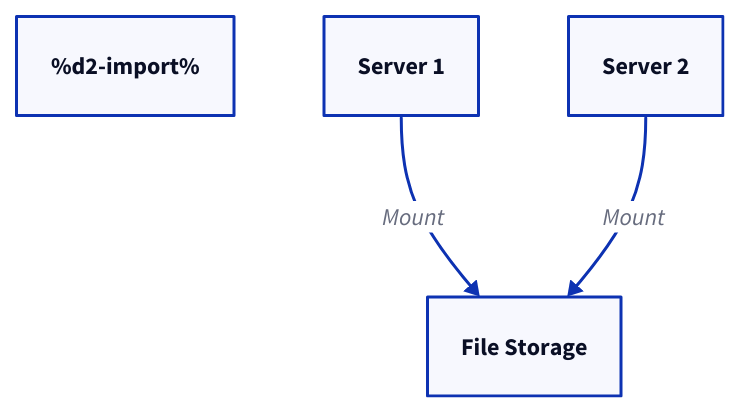
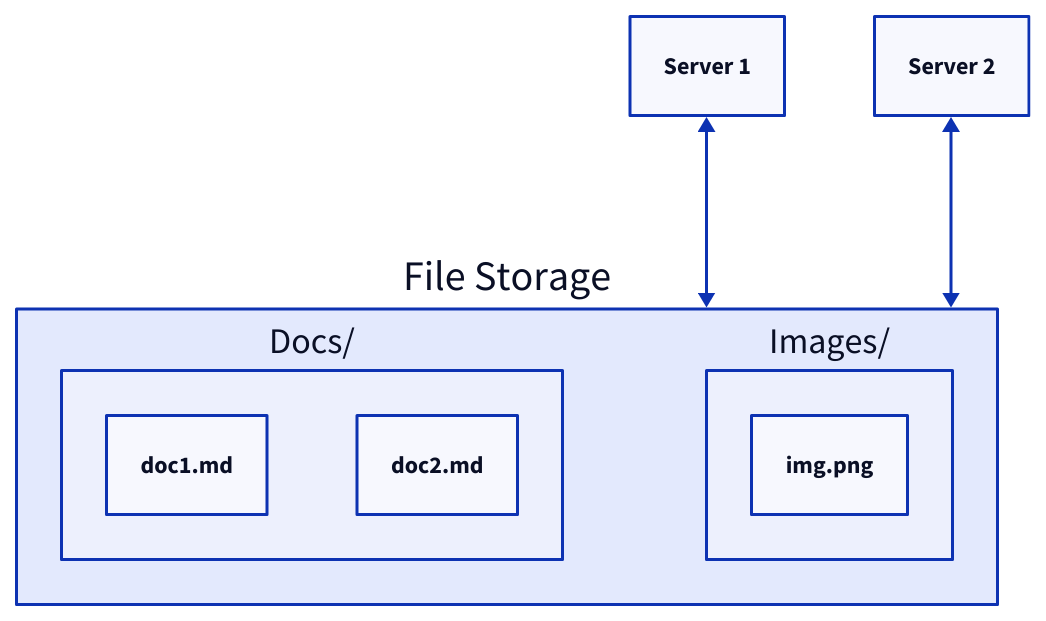
One commit to link1905/system-design-101 changed the first of 19 diagrams in content/docs/data-persistence/media-storage.md. Above: the diagram before and after it, drawn with D2. The commit also changed other lines of this file and 8 other files, not shown here.

````diff
--- a/content/docs/data-persistence/media-storage.md
+++ b/content/docs/data-persistence/media-storage.md
@@ -23,14 +23,25 @@
 ```d2
-%d2-import%
 s1: Server 1 {
   class: server
 }
 d1: File Storage {
-  class: hd
+  "Docs/" {
+    "doc1.md" {
+      class: file
+    }
+    "doc2.md" {
+      class: file
+    }
+  }
+  "Images/" {
+    "img.png" {
+      class: file
+    }
+  }
 }
 s2: Server 2 {
   class: server
 }
-s1 -> d1: Mount
-s2 -> d1: Mount
+s1 <-> d1 
+s2 <-> d1
 ```
````
